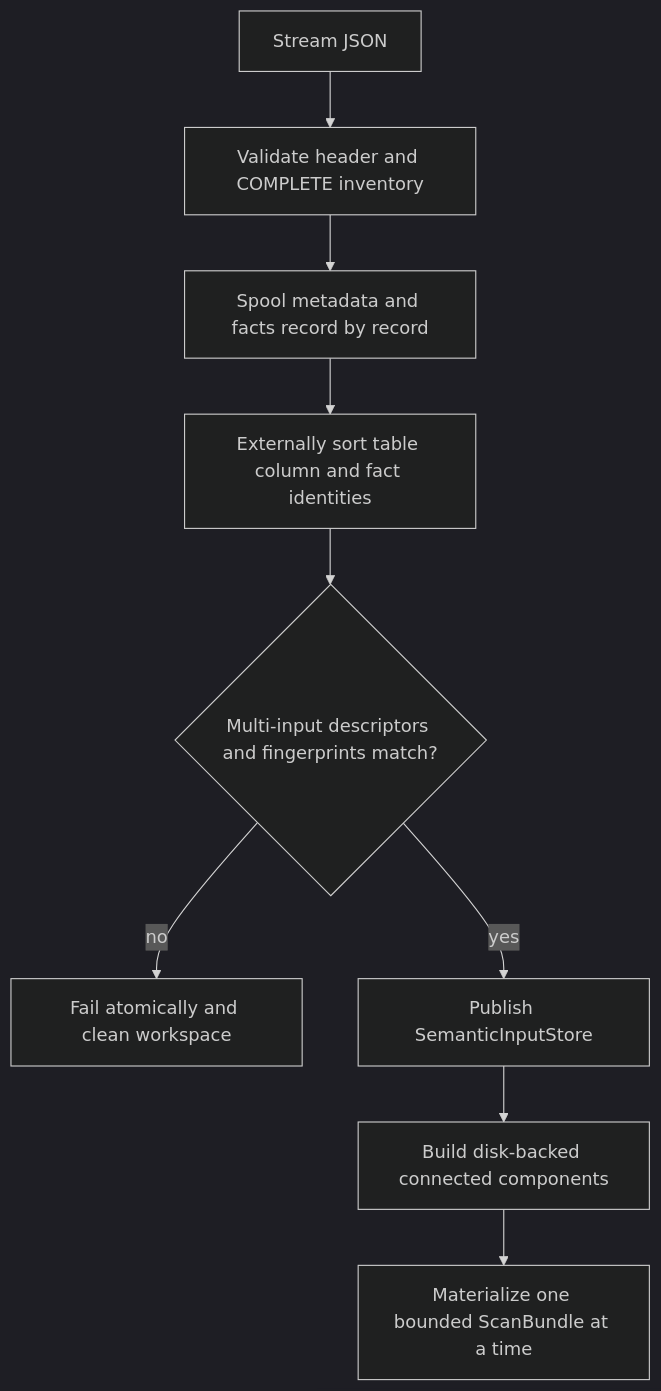
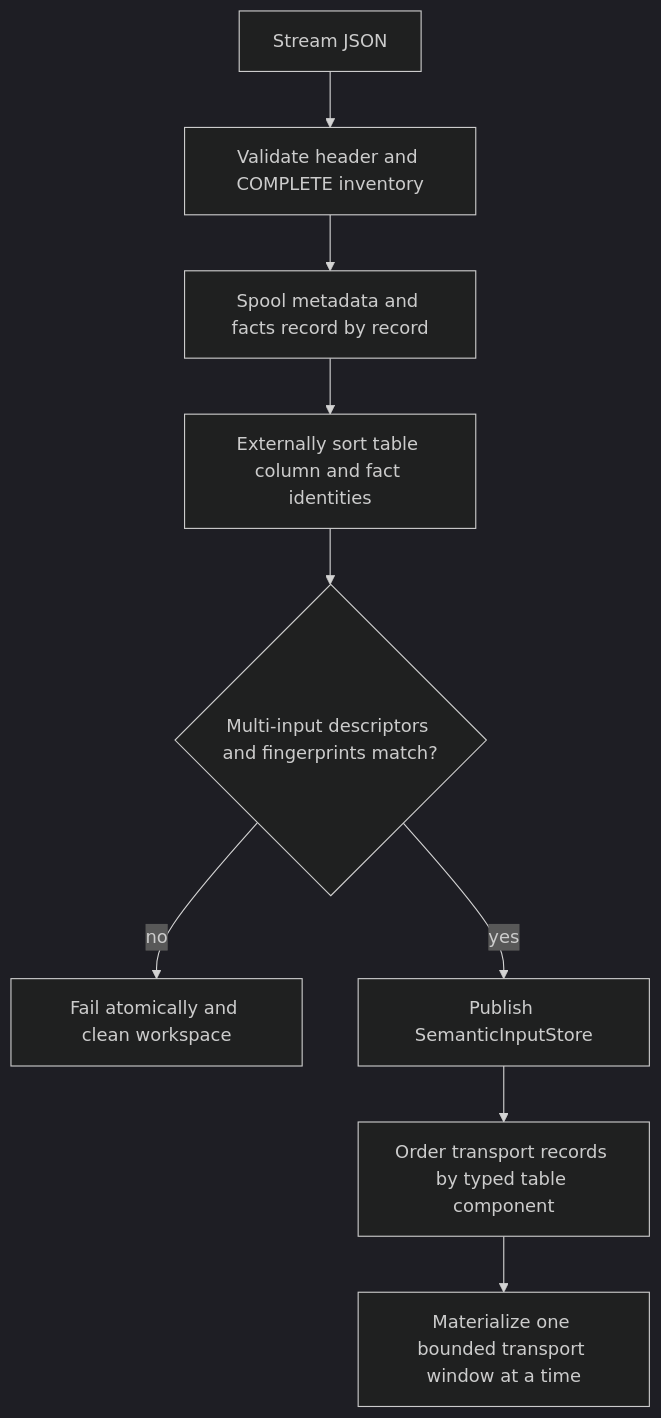
The second of 4 diagrams in docs/design/semantic-layer/01-scan-result-reader.md (xiaoguang/relation-detector), drawn with Mermaid (dark theme) before and after one commit. The commit also changed other lines of this file and 39 other files, not shown here.

````diff
--- a/docs/design/semantic-layer/01-scan-result-reader.md
+++ b/docs/design/semantic-layer/01-scan-result-reader.md
@@ -224,11 +225,11 @@
 ```mermaid
 flowchart TD
     A[Stream JSON] --> B[Validate header and COMPLETE inventory]
     B --> C[Spool metadata and facts record by record]
     C --> D[Externally sort table column and fact identities]
     D --> E{Multi-input descriptors and fingerprints match?}
     E -- no --> F[Fail atomically and clean workspace]
     E -- yes --> G[Publish SemanticInputStore]
-    G --> H[Build disk-backed connected components]
-    H --> I[Materialize one bounded ScanBundle at a time]
+    G --> H[Order transport records by typed table component]
+    H --> I[Materialize one bounded transport window at a time]
 ```
````
